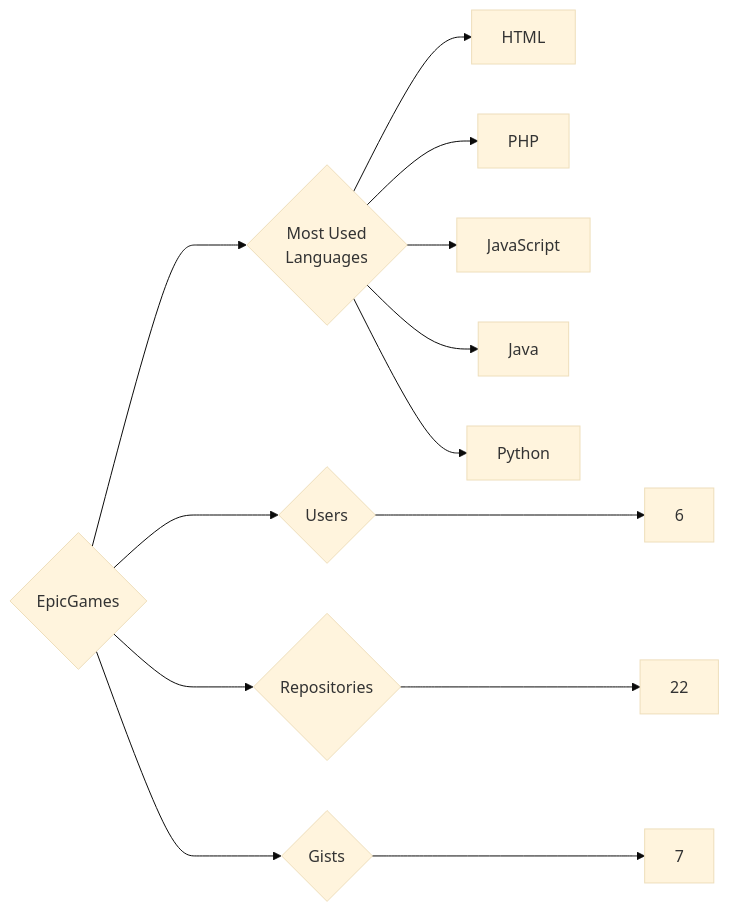
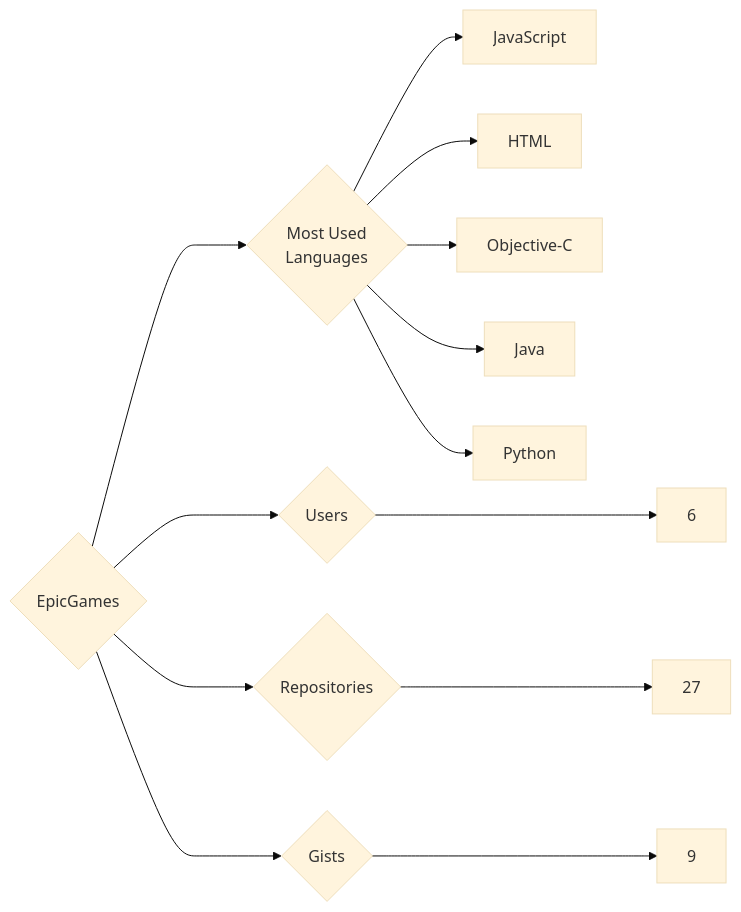
One commit to trickest/insiders changed the diagram in targets/EpicGames/README.md. Above: the diagram before and after it, drawn with Mermaid (base theme). The commit also changed 1120 other files, not shown here.

````diff
--- a/targets/EpicGames/README.md
+++ b/targets/EpicGames/README.md
@@ -3,13 +3,13 @@
 ```mermaid
 graph LR
 COMPANY_NAME{EpicGames}
 COMPANY_NAME ---> U{Users} ---> UN[6]
-COMPANY_NAME ---> R{Repositories} ---> RN[22]
-COMPANY_NAME ---> G{Gists} ---> GN[7]
+COMPANY_NAME ---> R{Repositories} ---> RN[27]
+COMPANY_NAME ---> G{Gists} ---> GN[9]
 COMPANY_NAME ---> ML{Most Used<br>Languages}
+ML --> JavaScript[JavaScript]
 ML --> HTML[HTML]
-ML --> PHP[PHP]
-ML --> JavaScript[JavaScript]
+ML --> Objective-C[Objective-C]
 ML --> Java[Java]
 ML --> Python[Python]
 ```
````
